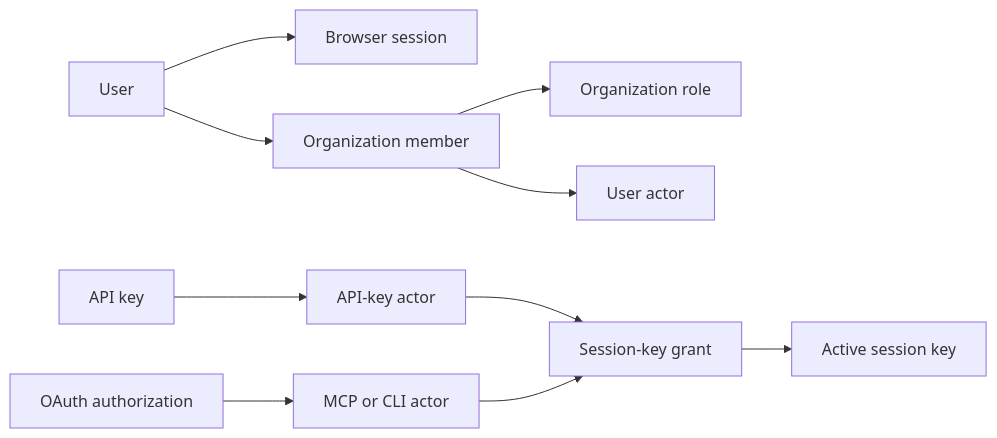
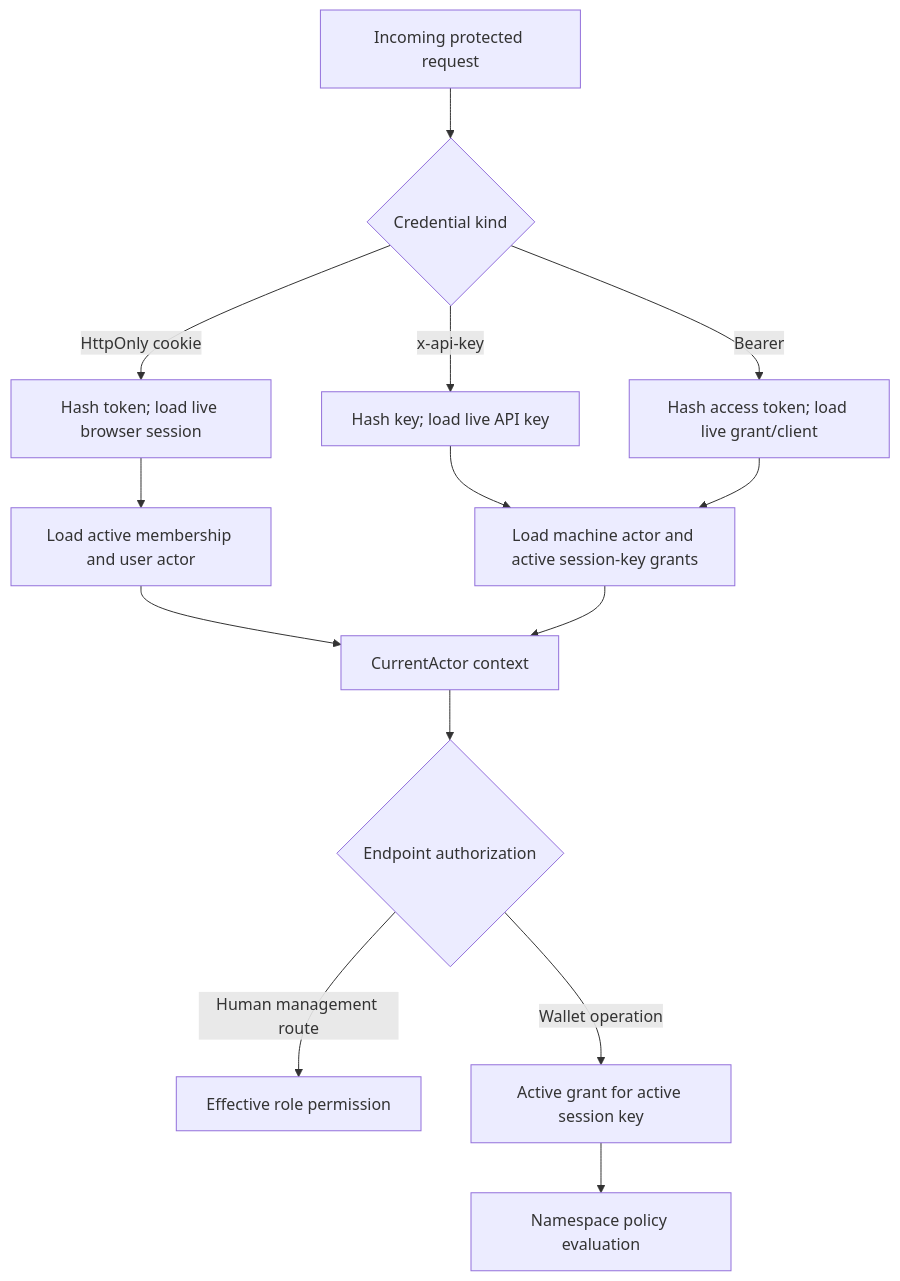
One commit to thenamespace/namera changed the diagram in architecture/auth/README.md. Above: the diagram before and after it, drawn with Mermaid. The commit also changed other lines of this file and 17 other files, not shown here.

Commit message:
docs(architecture): expand authentication domains

````diff
--- a/architecture/auth/README.md
+++ b/architecture/auth/README.md
@@ -6,14 +21,16 @@
 ```mermaid
-flowchart LR
-  User --> Session[Browser session]
-  User --> Member[Organization member]
-  Member --> Role[Organization role]
-  Member --> UserActor[User actor]
-
-  ApiCredential[API key] --> ApiActor[API-key actor]
-  OAuth[OAuth authorization] --> OAuthActor[MCP or CLI actor]
-
-  ApiActor --> Grant[Session-key grant]
-  OAuthActor --> Grant
-  Grant --> SessionKey[Active session key]
+flowchart TD
+  Request[Incoming protected request] --> Kind{Credential kind}
+  Kind -->|HttpOnly cookie| Session[Hash token; load live browser session]
+  Kind -->|x-api-key| ApiKey[Hash key; load live API key]
+  Kind -->|Bearer| OAuth[Hash access token; load live grant/client]
+  Session --> Membership[Load active membership and user actor]
+  ApiKey --> Delegated[Load machine actor and active session-key grants]
+  OAuth --> Delegated
+  Membership --> ActorContext[CurrentActor context]
+  Delegated --> ActorContext
+  ActorContext --> Permission{Endpoint authorization}
+  Permission -->|Human management route| Role[Effective role permission]
+  Permission -->|Wallet operation| Grant[Active grant for active session key]
+  Grant --> Policy[Namespace policy evaluation]
 ```
````
